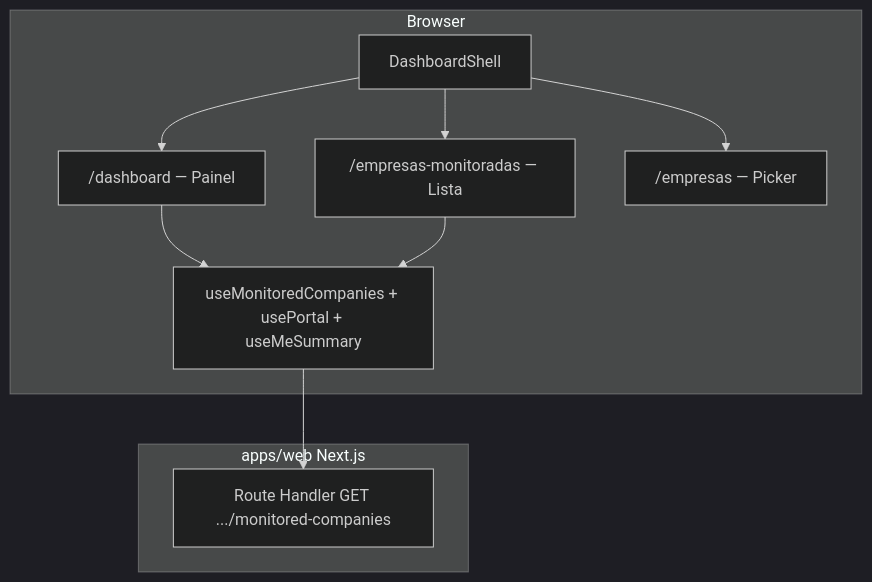
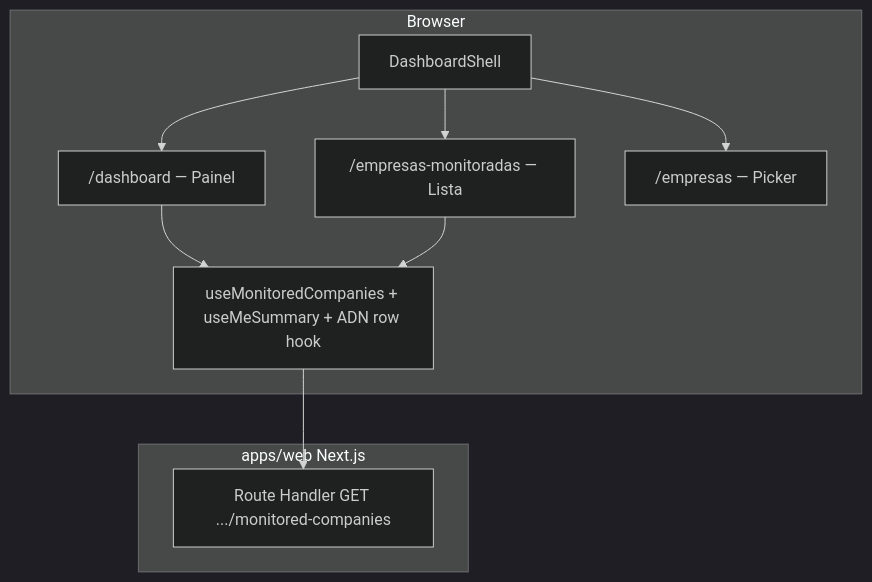
The diagram in docs/architecture-nav-sidebar-empresas-monitoradas.md (Leonardo-Richard/Por-enquanto-n-o-fa-o-ideia), drawn with Mermaid (dark theme) before and after one commit. The commit also changed other lines of this file and 17 other files, not shown here.

First line of the commit message:
feat(web): enhance monitored companies section and ADN synchronization

````diff
--- a/docs/architecture-nav-sidebar-empresas-monitoradas.md
+++ b/docs/architecture-nav-sidebar-empresas-monitoradas.md
@@ -32,19 +33,19 @@
 ```mermaid
 flowchart TB
   subgraph browser [Browser]
     Shell[DashboardShell]
     PageDash["/dashboard — Painel"]
     PageMon["/empresas-monitoradas — Lista"]
     PagePick["/empresas — Picker"]
-    Hooks[useMonitoredCompanies + usePortal + useMeSummary]
+    Hooks[useMonitoredCompanies + useMeSummary + ADN row hook]
   end
   subgraph next [apps/web Next.js]
     API["Route Handler GET .../monitored-companies"]
   end
   Shell --> PageDash
   Shell --> PageMon
   Shell --> PagePick
   PageDash --> Hooks
   PageMon --> Hooks
   Hooks --> API
 ```
````
